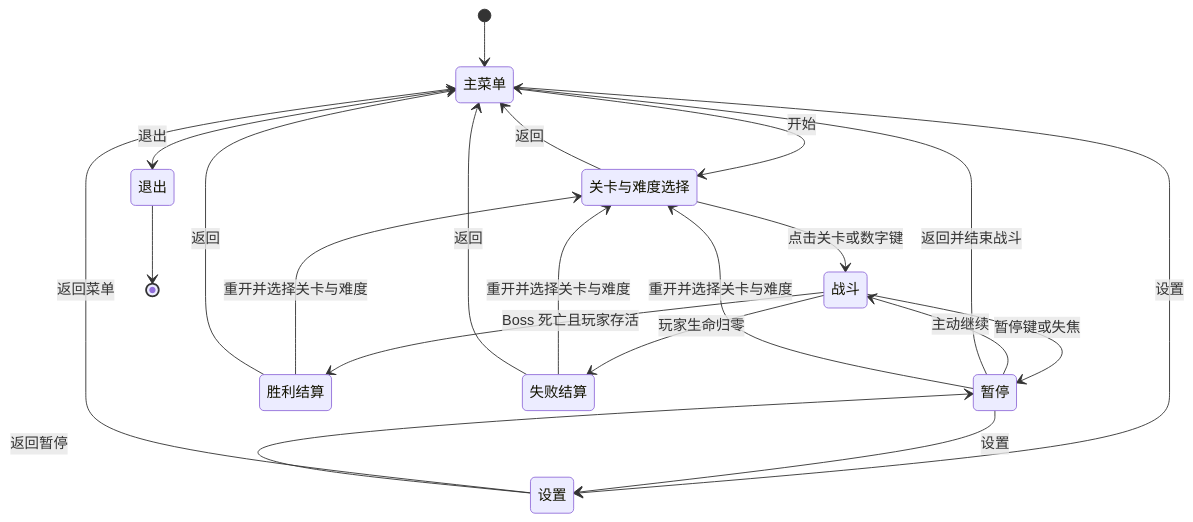
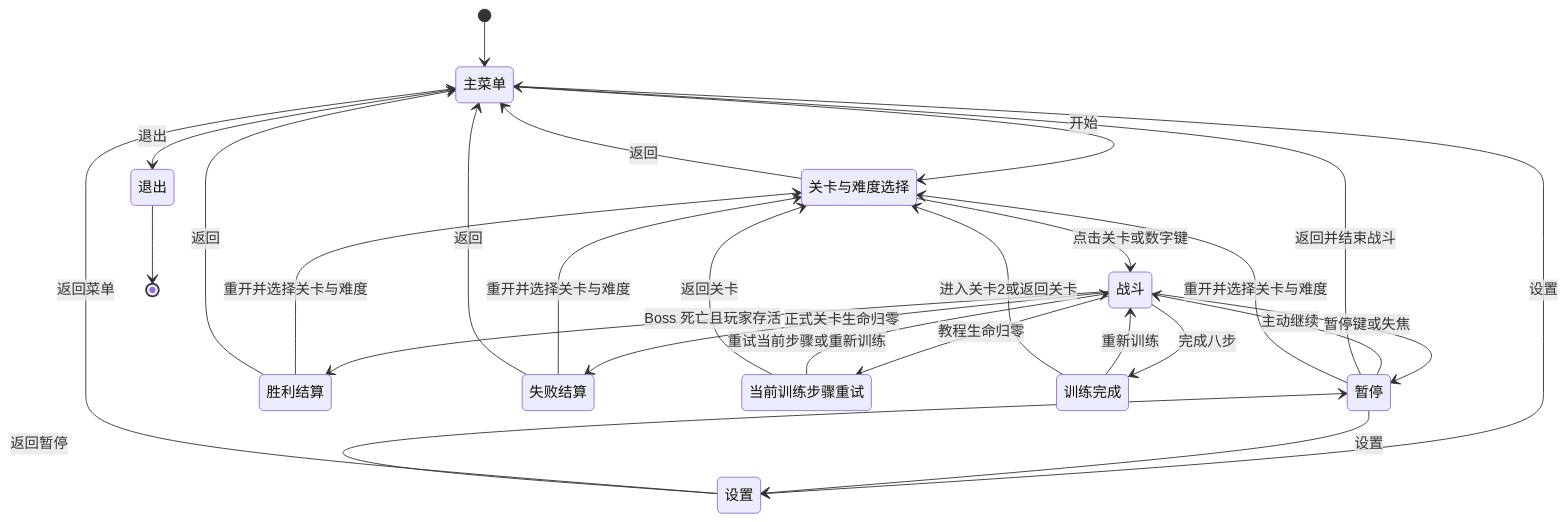
The first of 2 diagrams in Development Documentation.md (MapleSugarMochi/Alien-Invasion), drawn with Mermaid before and after one commit. The commit also changed other lines of this file and 232 other files, not shown here.

````diff
--- a/Development Documentation.md
+++ b/Development Documentation.md
@@ -170,33 +170,41 @@
 ```mermaid
 stateDiagram-v2
     accTitle: Alien Invasion Game Lifecycle
     accDescr: 游戏从菜单进入战斗，支持暂停、胜负结算、重开和退出；暂停保留当前关卡进度。
     state "主菜单" as main_menu
     state "关卡与难度选择" as level_select
     state "战斗" as playing
     state "暂停" as paused
     state "设置" as preferences
     state "胜利结算" as victory
     state "失败结算" as defeat
+    state "当前训练步骤重试" as tutorial_retry
+    state "训练完成" as tutorial_complete
     state "退出" as quitting
     [*] --> main_menu
     main_menu --> level_select: 开始
     level_select --> playing: 点击关卡或数字键
     level_select --> main_menu: 返回
     playing --> paused: 暂停键或失焦
     paused --> playing: 主动继续
     paused --> main_menu: 返回并结束战斗
-    playing --> defeat: 玩家生命归零
+    playing --> defeat: 正式关卡生命归零
     playing --> victory: Boss 死亡且玩家存活
+    playing --> tutorial_retry: 教程生命归零
+    playing --> tutorial_complete: 完成八步
+    tutorial_retry --> playing: 重试当前步骤或重新训练
+    tutorial_complete --> playing: 重新训练
+    tutorial_retry --> level_select: 返回关卡
+    tutorial_complete --> level_select: 进入关卡2或返回关卡
     victory --> level_select: 重开并选择关卡与难度
     defeat --> level_select: 重开并选择关卡与难度
     paused --> level_select: 重开并选择关卡与难度
     main_menu --> preferences: 设置
     preferences --> main_menu: 返回菜单
     paused --> preferences: 设置
     preferences --> paused: 返回暂停
     victory --> main_menu: 返回
     defeat --> main_menu: 返回
     main_menu --> quitting: 退出
     quitting --> [*]
 ```
````
